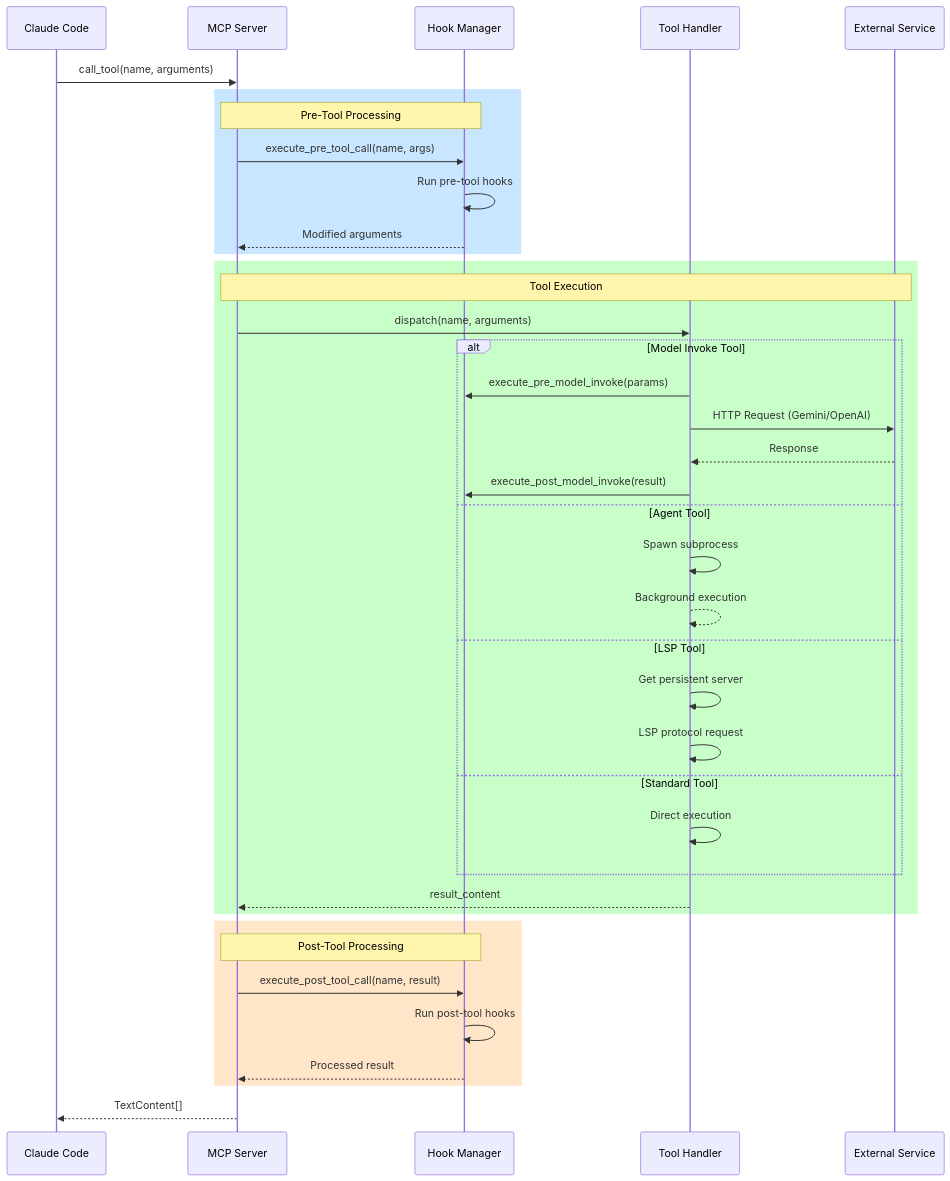
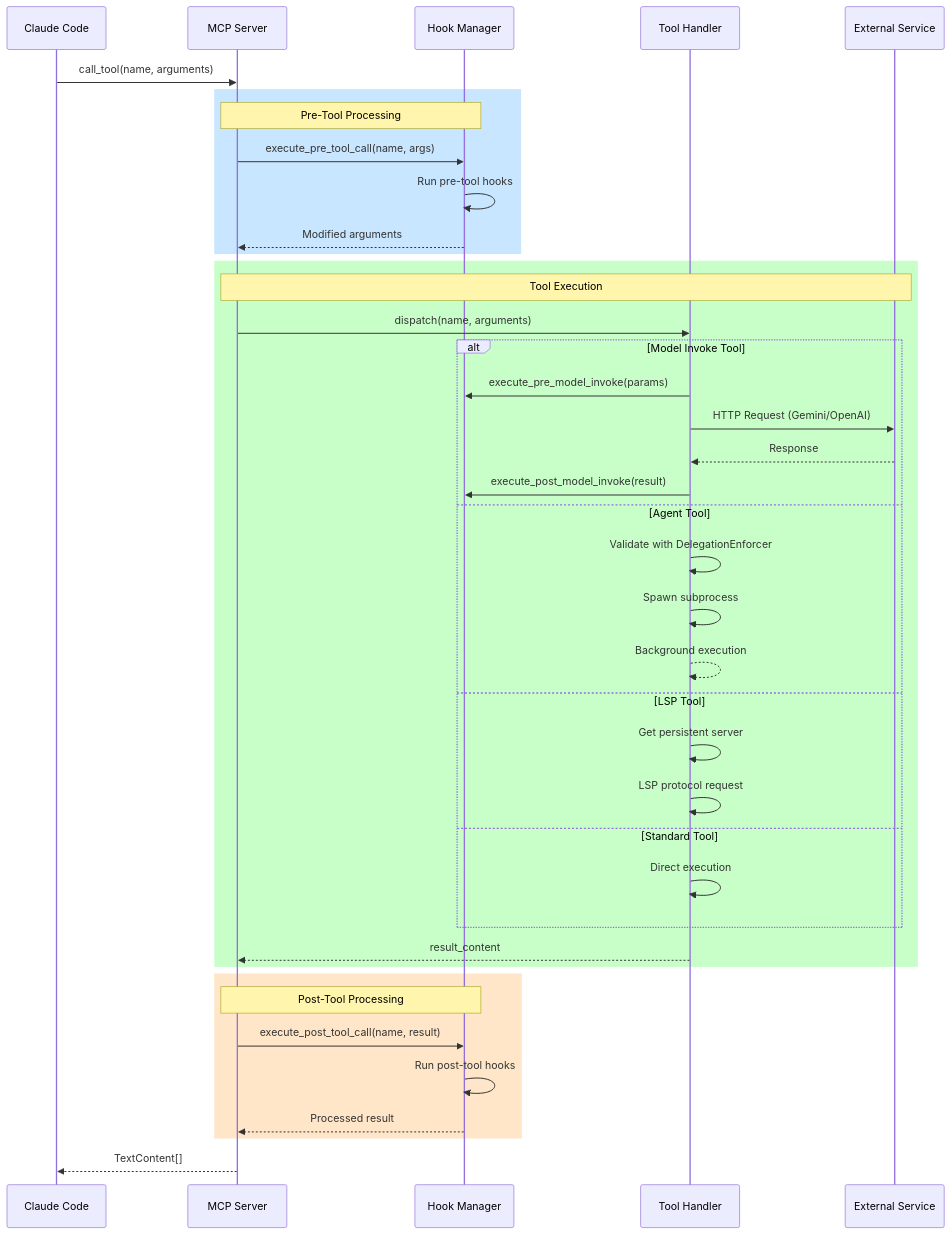
Before and after one commit to GratefulDave/stravinsky: the third of 8 diagrams in docs/architecture/MCP_TOOL_FLOW.md, drawn with Mermaid. The commit also changed other lines of this file and 30 other files, not shown here.

First line of the commit message:
docs: comprehensive architecture documentation update for 7-Phase Orchestrator

````diff
--- a/docs/architecture/MCP_TOOL_FLOW.md
+++ b/docs/architecture/MCP_TOOL_FLOW.md
@@ -98,48 +103,49 @@
 ```mermaid
 sequenceDiagram
     participant CC as Claude Code
     participant MCP as MCP Server
     participant HM as Hook Manager
     participant Tool as Tool Handler
     participant Ext as External Service
 
     CC->>MCP: call_tool(name, arguments)
 
     rect rgb(200, 230, 255)
         Note over MCP,HM: Pre-Tool Processing
         MCP->>HM: execute_pre_tool_call(name, args)
         HM->>HM: Run pre-tool hooks
         HM-->>MCP: Modified arguments
     end
 
     rect rgb(200, 255, 200)
         Note over MCP,Ext: Tool Execution
         MCP->>Tool: dispatch(name, arguments)
 
         alt Model Invoke Tool
             Tool->>HM: execute_pre_model_invoke(params)
             Tool->>Ext: HTTP Request (Gemini/OpenAI)
             Ext-->>Tool: Response
             Tool->>HM: execute_post_model_invoke(result)
         else Agent Tool
+            Tool->>Tool: Validate with DelegationEnforcer
             Tool->>Tool: Spawn subprocess
             Tool-->>Tool: Background execution
         else LSP Tool
             Tool->>Tool: Get persistent server
             Tool->>Tool: LSP protocol request
         else Standard Tool
             Tool->>Tool: Direct execution
         end
 
         Tool-->>MCP: result_content
     end
 
     rect rgb(255, 230, 200)
         Note over MCP,HM: Post-Tool Processing
         MCP->>HM: execute_post_tool_call(name, result)
         HM->>HM: Run post-tool hooks
         HM-->>MCP: Processed result
     end
 
     MCP-->>CC: TextContent[]
 ```
````
